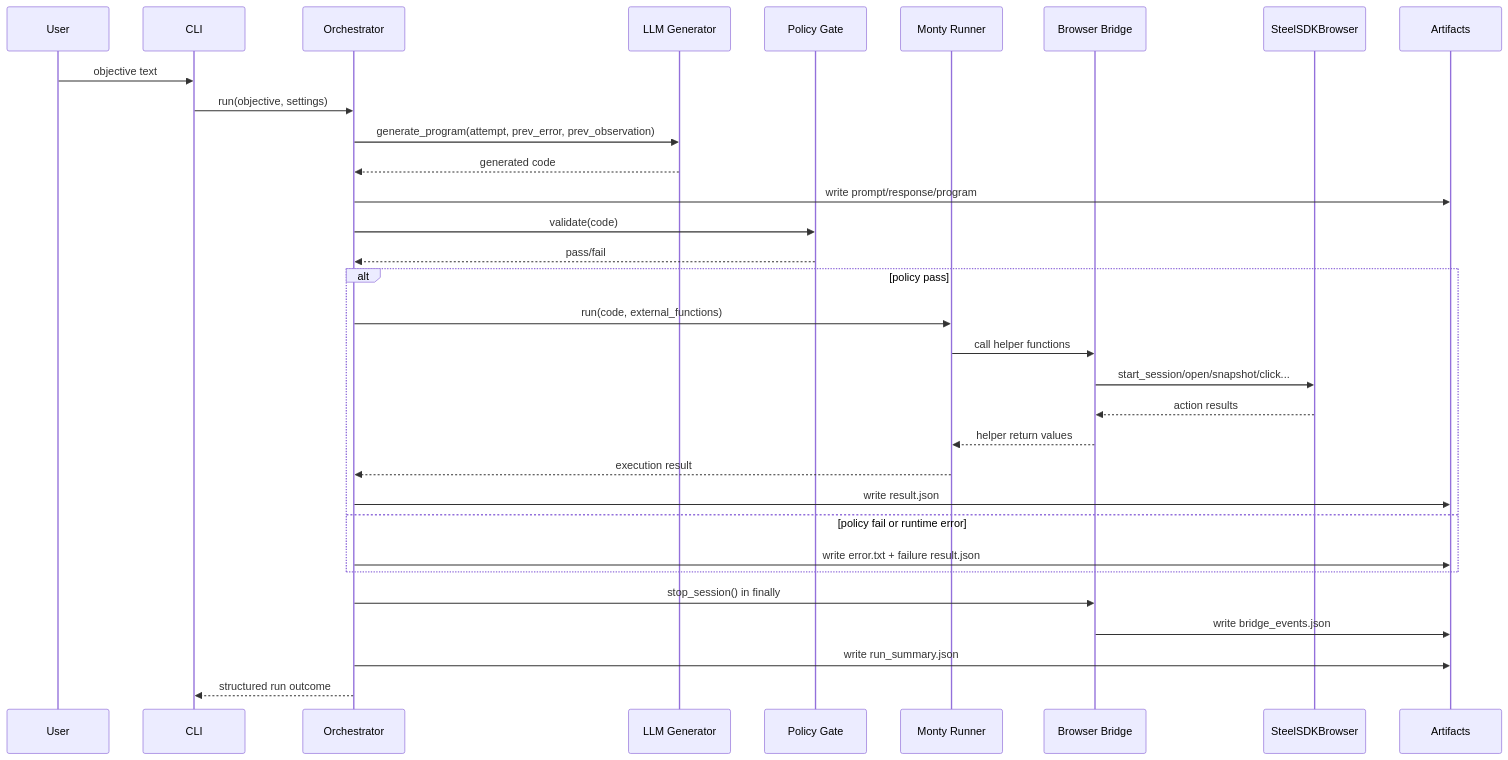
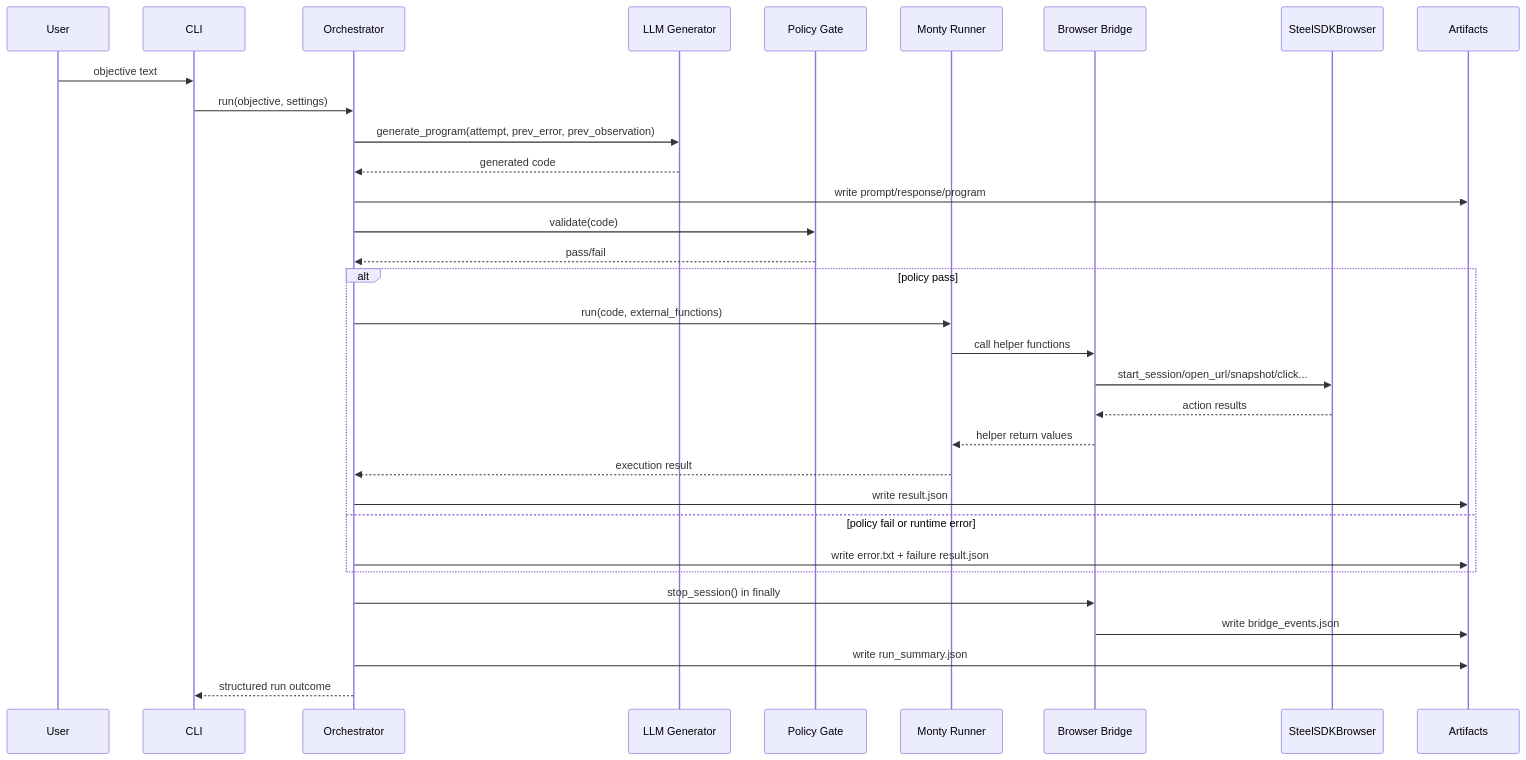
One commit to steel-experiments/steel-monty changed the second of 3 diagrams in architecture.md. Above: the diagram before and after it, drawn with Mermaid. The commit also changed other lines of this file and 2 other files, not shown here.

Commit message:
docs(agent): align architecture and README with current API

````diff
--- a/architecture.md
+++ b/architecture.md
@@ -70,37 +70,37 @@
 ```mermaid
 sequenceDiagram
     participant U as User
     participant C as CLI
     participant O as Orchestrator
     participant G as LLM Generator
     participant P as Policy Gate
     participant M as Monty Runner
     participant B as Browser Bridge
     participant S as SteelSDKBrowser
     participant A as Artifacts
 
     U->>C: objective text
     C->>O: run(objective, settings)
     O->>G: generate_program(attempt, prev_error, prev_observation)
     G-->>O: generated code
     O->>A: write prompt/response/program
     O->>P: validate(code)
     P-->>O: pass/fail
 
     alt policy pass
         O->>M: run(code, external_functions)
         M->>B: call helper functions
-        B->>S: start_session/open/snapshot/click...
+        B->>S: start_session/open_url/snapshot/click...
         S-->>B: action results
         B-->>M: helper return values
         M-->>O: execution result
         O->>A: write result.json
     else policy fail or runtime error
         O->>A: write error.txt + failure result.json
     end
 
     O->>B: stop_session() in finally
     B->>A: write bridge_events.json
     O->>A: write run_summary.json
     O-->>C: structured run outcome
 ```
````
